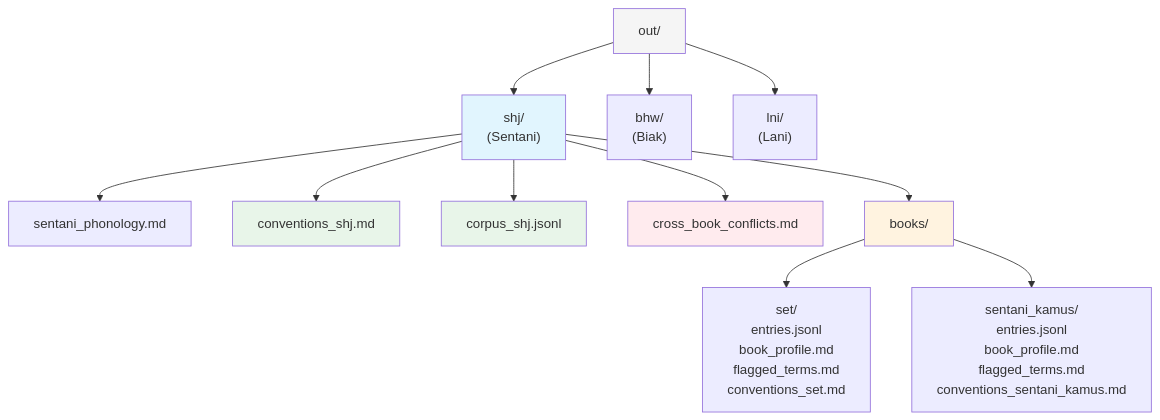
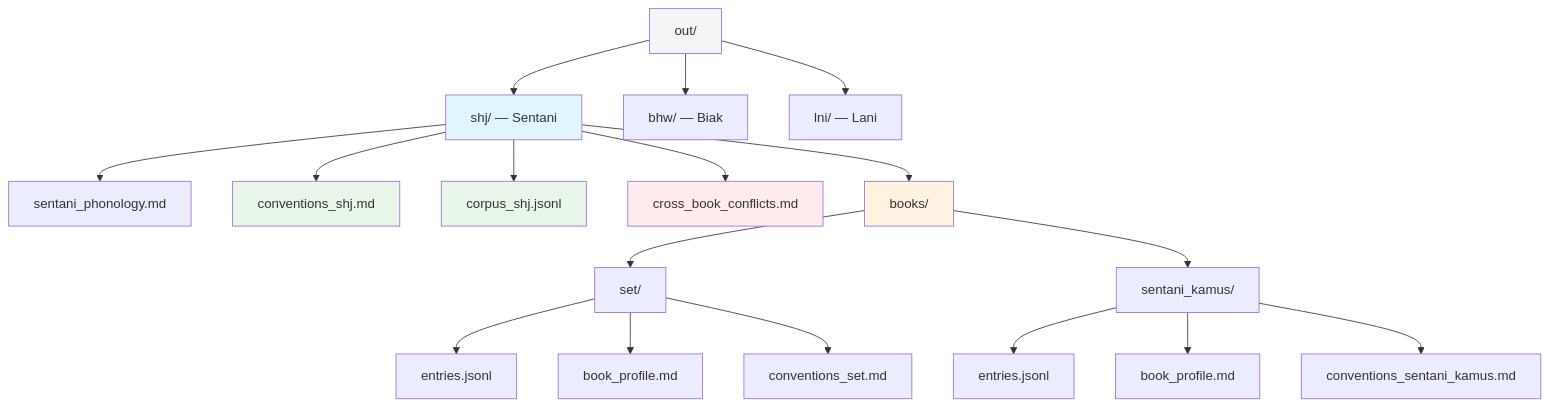
One commit to masdevid/nusantara-corpus-extractor changed the third of 3 diagrams in docs/diagrams/data-flow.md. Above: the diagram before and after it, drawn with Mermaid. The commit also changed other lines of this file and 3 other files, not shown here.

First line of the commit message:
Fix Mermaid diagram rendering: inline in README, clean up diagram files

````diff
--- a/docs/diagrams/data-flow.md
+++ b/docs/diagrams/data-flow.md
@@ -176,22 +147,30 @@
 ```mermaid
 flowchart TD
-    OUT["out/"] --> LANG["shj/\n(Sentani)"]
-    OUT --> LANG2["bhw/\n(Biak)"]
-    OUT --> LANG3["lni/\n(Lani)"]
+    OUT["out/"] --> LANG["shj/ — Sentani"]
+    OUT --> LANG2["bhw/ — Biak"]
+    OUT --> LANG3["lni/ — Lani"]
 
     LANG --> PHON["sentani_phonology.md"]
     LANG --> CONV_CUM["conventions_shj.md"]
     LANG --> CORP["corpus_shj.jsonl"]
     LANG --> CBC["cross_book_conflicts.md"]
     LANG --> BOOKS["books/"]
 
-    BOOKS --> BK1["set/\nentries.jsonl\nbook_profile.md\nflagged_terms.md\nconventions_set.md"]
-    BOOKS --> BK2["sentani_kamus/\nentries.jsonl\nbook_profile.md\nflagged_terms.md\nconventions_sentani_kamus.md"]
+    BOOKS --> BK1["set/"]
+    BOOKS --> BK2["sentani_kamus/"]
+
+    BK1 --> BK1A["entries.jsonl"]
+    BK1 --> BK1B["book_profile.md"]
+    BK1 --> BK1C["conventions_set.md"]
+
+    BK2 --> BK2A["entries.jsonl"]
+    BK2 --> BK2B["book_profile.md"]
+    BK2 --> BK2C["conventions_sentani_kamus.md"]
 
     style OUT fill:#f5f5f5
     style LANG fill:#e1f5fe
     style CORP fill:#e8f5e9
     style CONV_CUM fill:#e8f5e9
     style CBC fill:#ffebee
     style BOOKS fill:#fff3e0
 ```
````
